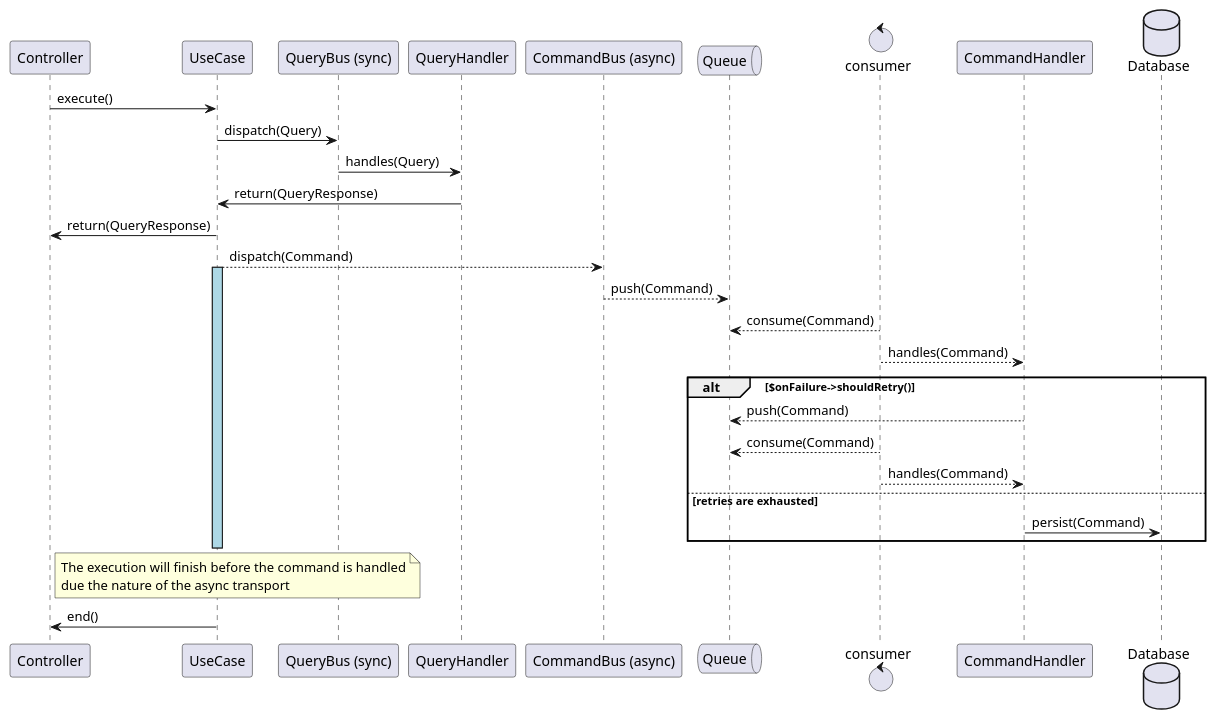
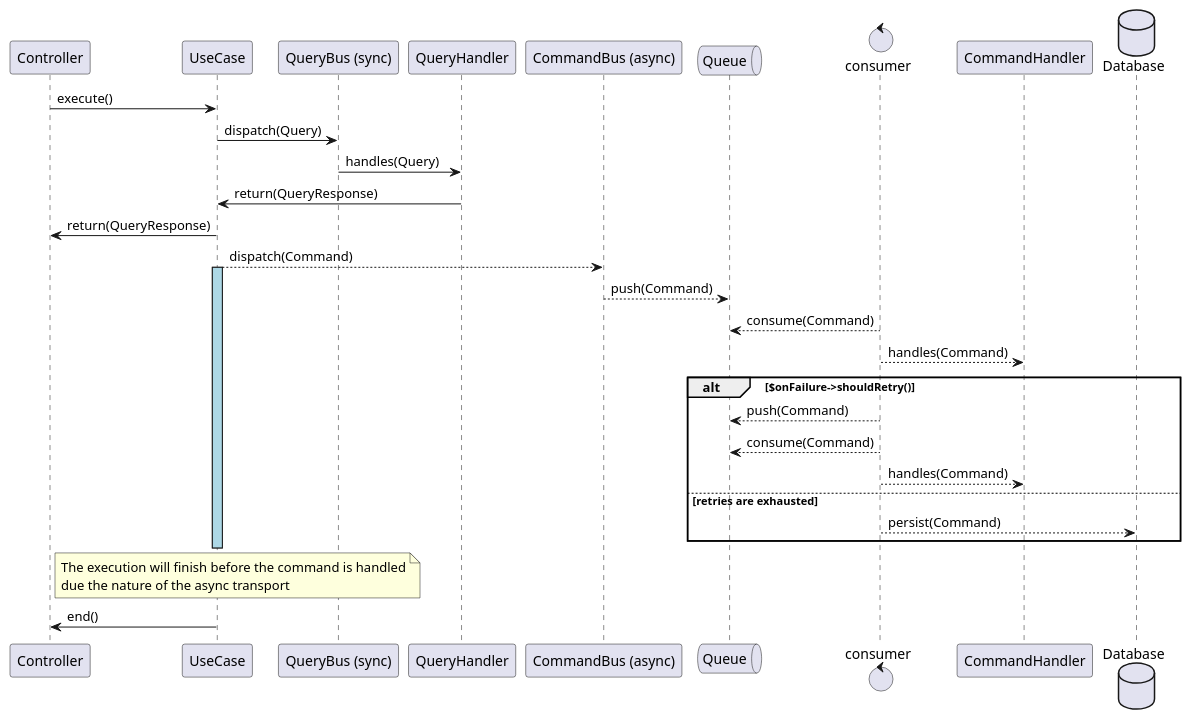
One commit to Equation-Labs-I-O/eqlabs-playground-php-slim-messenger changed the diagram in README.md. Above: the diagram before and after it, drawn with PlantUML.

Commit message:
add consumer retries and failure steps

````diff
--- a/README.md
+++ b/README.md
@@ -55,37 +55,37 @@
 ```plantuml
 
 participant "Controller" as controller
 participant "UseCase" as use_case
 participant "QueryBus (sync)" as query_bus
 participant "QueryHandler" as query_handler
 participant "CommandBus (async)" as command_bus
 queue "Queue" as queue
 control "consumer" as consumer
 participant "CommandHandler" as command_handler
 database "Database" as db
 
 controller -> use_case: execute()
 use_case -> query_bus: dispatch(Query)
 query_bus -> query_handler: handles(Query)
 query_handler -> use_case: return(QueryResponse)
 use_case -> controller: return(QueryResponse)
 use_case --> command_bus: dispatch(Command)
 activate use_case #lightblue
 command_bus --> queue: push(Command)
 queue <-- consumer: consume(Command)
 consumer --> command_handler: handles(Command)
 alt $onFailure->shouldRetry()
-  command_handler --> queue: push(Command)
+  consumer --> queue: push(Command)
   queue <-- consumer: consume(Command)
   consumer --> command_handler: handles(Command)
 else retries are exhausted
-  command_handler -> db: persist(Command)
+  consumer --> db: persist(Command)
 end
 deactivate use_case
 note right of controller
   The execution will finish before the command is handled
   due the nature of the async transport
 end note
 controller <- use_case: end()
 
 ```
````
